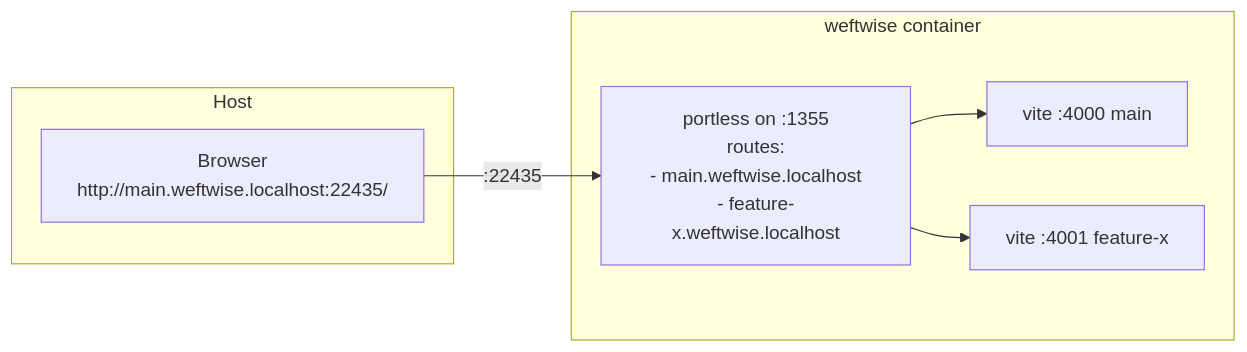
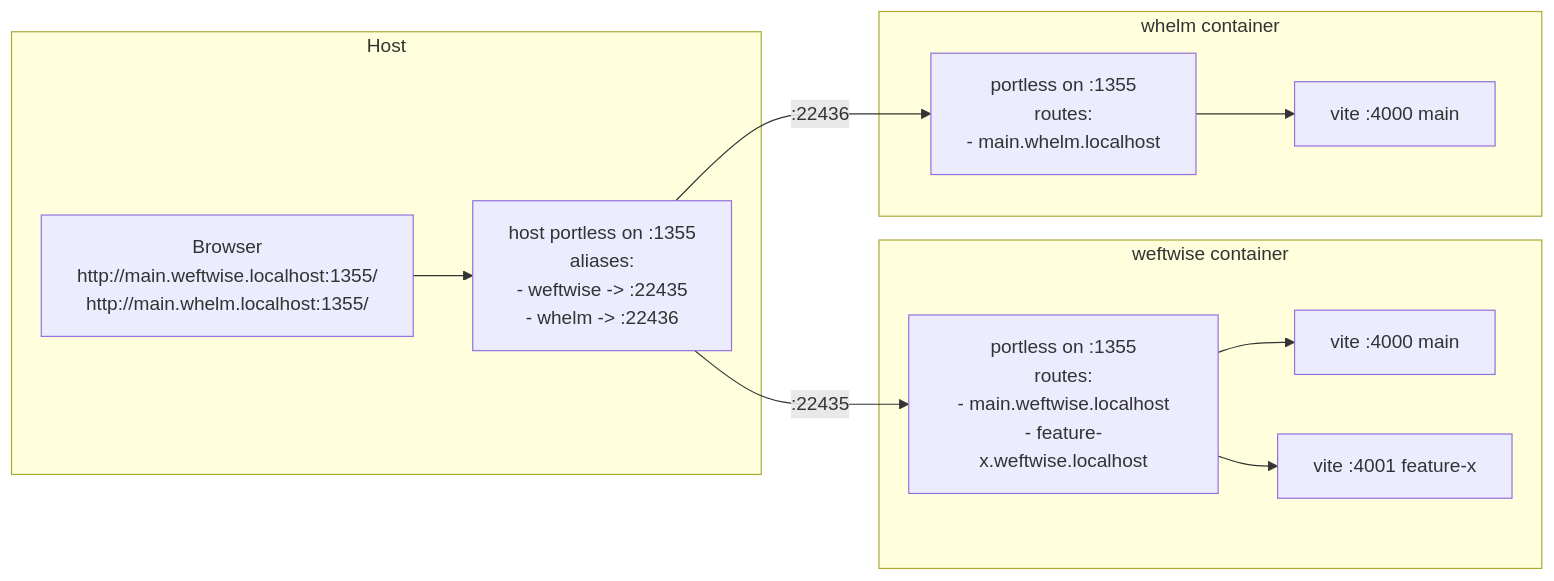
The first of 2 diagrams in cdocs/proposals/2026-05-13-rfp-weftwise-parallel-feature-development.md (weftwiseink/lace), drawn with Mermaid before and after one commit. The commit also changed other lines of this file and 2 other files, not shown here.

First line of the commit message:
docs(weftwise-parallel-dev): pivot v1 to single-host-portless on :1355

````diff
--- a/cdocs/proposals/2026-05-13-rfp-weftwise-parallel-feature-development.md
+++ b/cdocs/proposals/2026-05-13-rfp-weftwise-parallel-feature-development.md
@@ -89,14 +89,22 @@
 ```mermaid
 flowchart LR
   subgraph Host
-    Browser[Browser<br/>http://main.weftwise.localhost:22435/]
+    Browser[Browser<br/>http://main.weftwise.localhost:1355/<br/>http://main.whelm.localhost:1355/]
+    HP[host portless on :1355<br/>aliases:<br/>- weftwise -> :22435<br/>- whelm -> :22436]
   end
-  subgraph Container [weftwise container]
-    C_P[portless on :1355<br/>routes:<br/>- main.weftwise.localhost<br/>- feature-x.weftwise.localhost]
+  subgraph WW [weftwise container]
+    C_PW[portless on :1355<br/>routes:<br/>- main.weftwise.localhost<br/>- feature-x.weftwise.localhost]
     V_M[vite :4000 main]
     V_F[vite :4001 feature-x]
   end
-  Browser -- :22435 --> C_P
-  C_P --> V_M
-  C_P --> V_F
+  subgraph WH [whelm container]
+    C_PH[portless on :1355<br/>routes:<br/>- main.whelm.localhost]
+    V_W[vite :4000 main]
+  end
+  Browser --> HP
+  HP -- :22435 --> C_PW
+  HP -- :22436 --> C_PH
+  C_PW --> V_M
+  C_PW --> V_F
+  C_PH --> V_W
 ```
````
